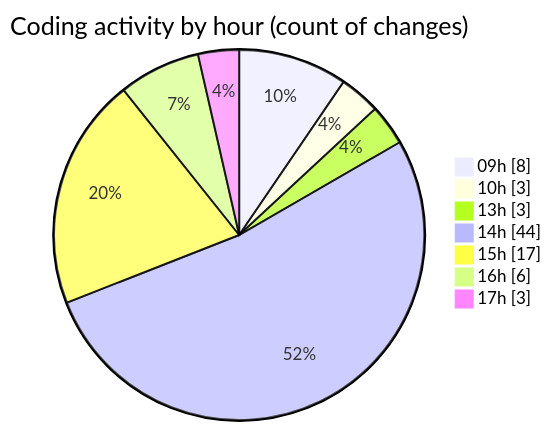
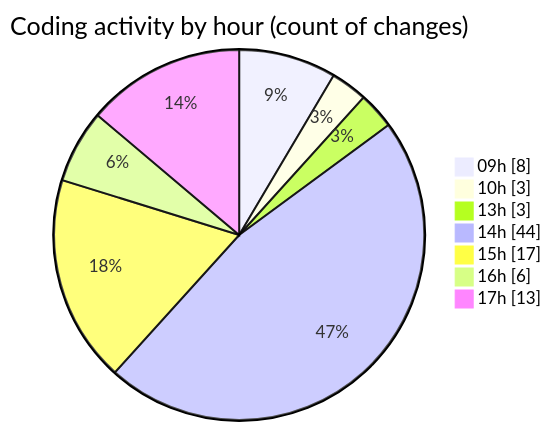
The second of 2 diagrams in 2026-04-09/cda/README.md (momahboobian/code-tracking), drawn with Mermaid before and after one commit. The commit also changed other lines of this file and 1 other file, not shown here.

````diff
--- a/2026-04-09/cda/README.md
+++ b/2026-04-09/cda/README.md
@@ -44,11 +44,11 @@
 ```mermaid
 pie showData
 title Coding activity by hour (count of changes)
 "09h" : 8
 "10h" : 3
 "13h" : 3
 "14h" : 44
 "15h" : 17
 "16h" : 6
-"17h" : 3
+"17h" : 13
 ```
````
